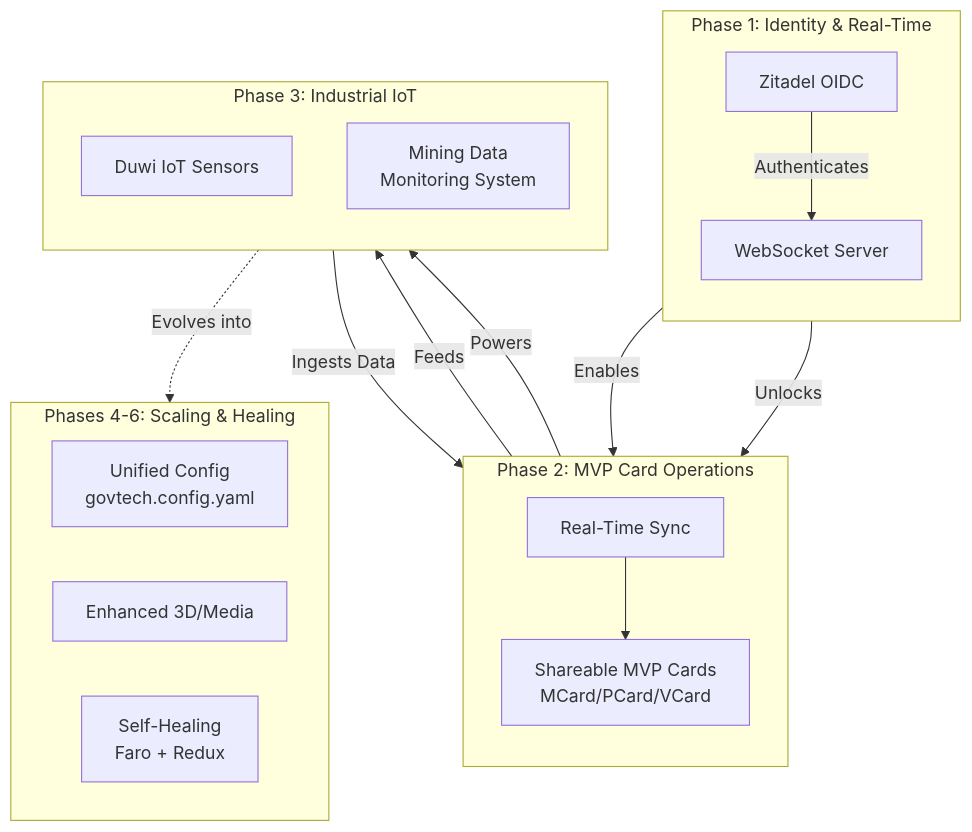
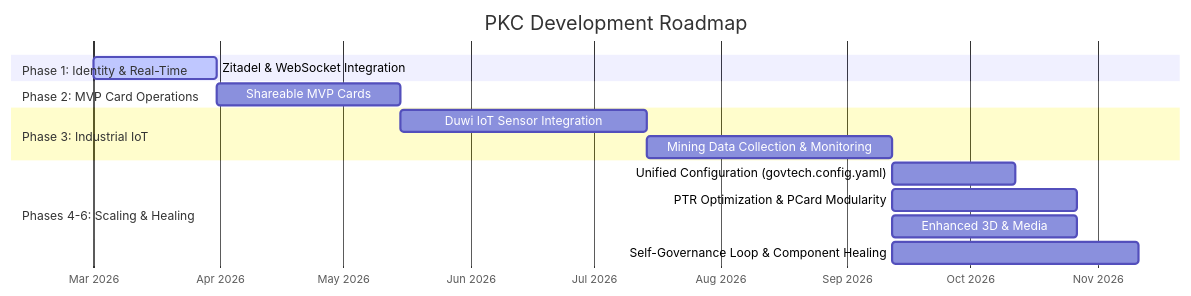
The diagram in pkc_usage_and_roadmap.md (xlp0/LandingPage), drawn with Mermaid before and after one commit.

Commit message:
docs: reformatted roadmap diagram into a Gantt chart

````diff
--- a/pkc_usage_and_roadmap.md
+++ b/pkc_usage_and_roadmap.md
@@ -32,34 +32,22 @@
 ```mermaid
-graph TD
-    %% Phase 1
-    subgraph P1[Phase 1: Identity & Real-Time]
-        direction TB
-        Zitadel[Zitadel OIDC] -->|Authenticates| WS[WebSocket Server]
-    end
+gantt
+    title PKC Development Roadmap
+    dateFormat  YYYY-MM-DD
+    axisFormat  %b %Y
 
-    %% Phase 2
-    subgraph P2[Phase 2: MVP Card Operations]
-        direction TB
-        WS -->|Enables| Sync[Real-Time Sync]
-        Sync --> MVP[Shareable MVP Cards<br/>MCard/PCard/VCard]
-    end
+    section Phase 1: Identity & Real-Time
+    Zitadel & WebSocket Integration :active, p1, 2026-03-01, 30d
 
-    %% Phase 3
-    subgraph P3[Phase 3: Industrial IoT]
-        direction TB
-        Duwi[Duwi IoT Sensors] -->|Ingests Data| MVP
-        MVP -->|Feeds| Mining[Mining Data<br/>Monitoring System]
-    end
+    section Phase 2: MVP Card Operations
+    Shareable MVP Cards           :p2, after p1, 45d
 
-    %% Future Phases
-    subgraph Future[Phases 4-6: Scaling & Healing]
-        direction LR
-        Config[Unified Config<br/>govtech.config.yaml]
-        3D[Enhanced 3D/Media]
-        Heal[Self-Healing<br/>Faro + Redux]
-    end
+    section Phase 3: Industrial IoT
+    Duwi IoT Sensor Integration   :p3_1, after p2, 60d
+    Mining Data Collection & Monitoring :p3_2, after p3_1, 60d
 
-    P1 -->|Unlocks| P2
-    P2 -->|Powers| P3
-    P3 -.->|Evolves into| Future
+    section Phases 4-6: Scaling & Healing
+    Unified Configuration (govtech.config.yaml) :after p3_2, 30d
+    PTR Optimization & PCard Modularity         :after p3_2, 45d
+    Enhanced 3D & Media                         :after p3_2, 45d
+    Self-Governance Loop & Component Healing    :after p3_2, 60d
 ```
````
